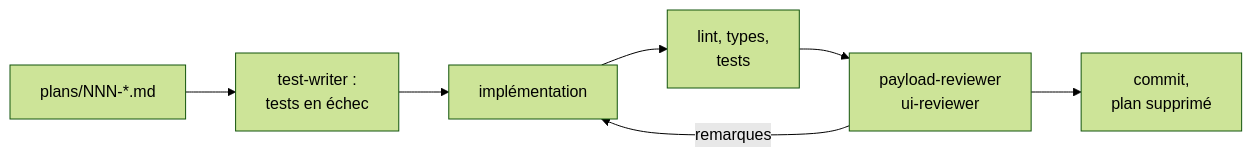
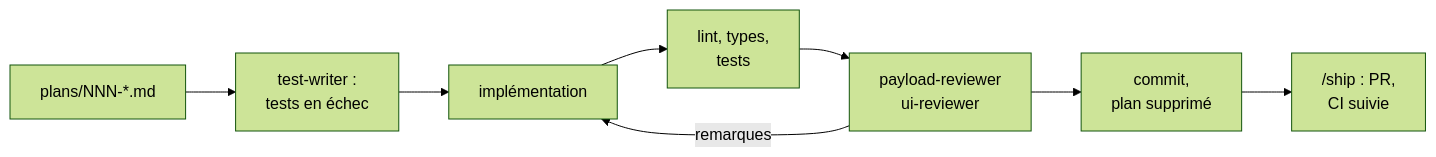
The second of 2 diagrams in docs/agent-workflows.fr.md (zolangivre/portfolio), drawn with Mermaid (forest theme) before and after one commit. The commit also changed other lines of this file and 17 other files, not shown here.

````diff
--- a/docs/agent-workflows.fr.md
+++ b/docs/agent-workflows.fr.md
@@ -51,9 +136,10 @@
 ```mermaid
 flowchart LR
   P[plans/NNN-*.md] --> T[test-writer :<br/>tests en échec]
   T --> I[implémentation]
   I --> V[lint, types,<br/>tests]
   V --> R[payload-reviewer<br/>ui-reviewer]
   R -->|remarques| I
   R --> C[commit,<br/>plan supprimé]
+  C --> SH["/ship : PR,<br/>CI suivie"]
 ```
````
